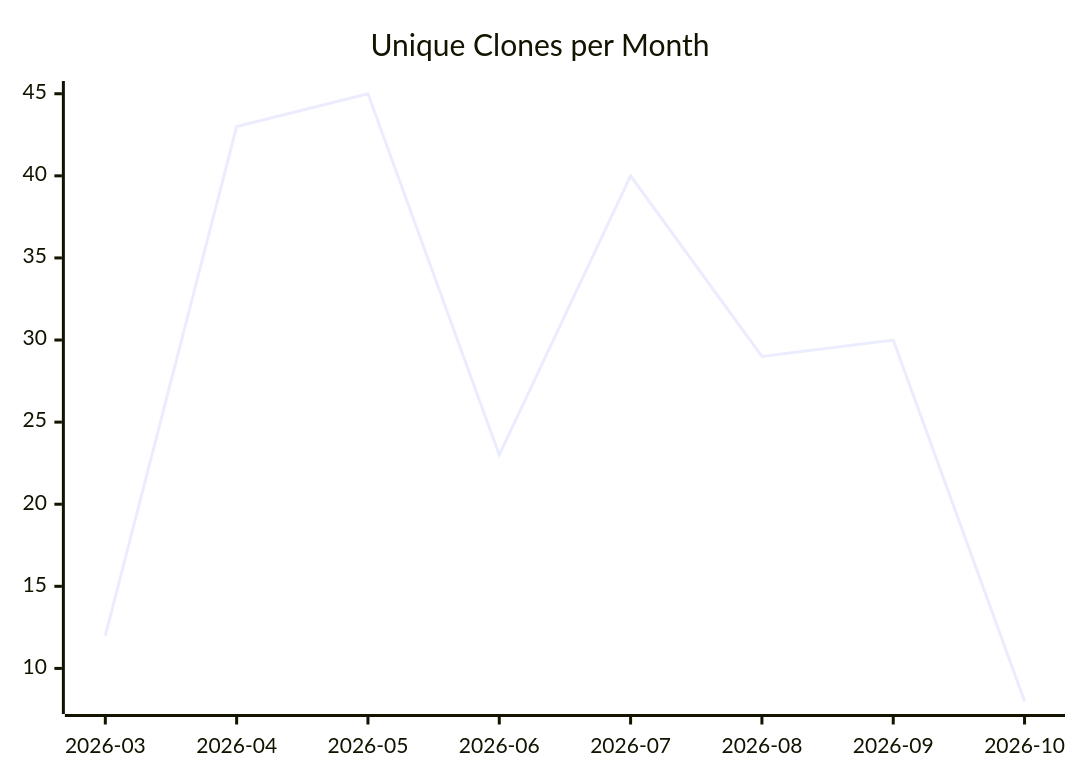
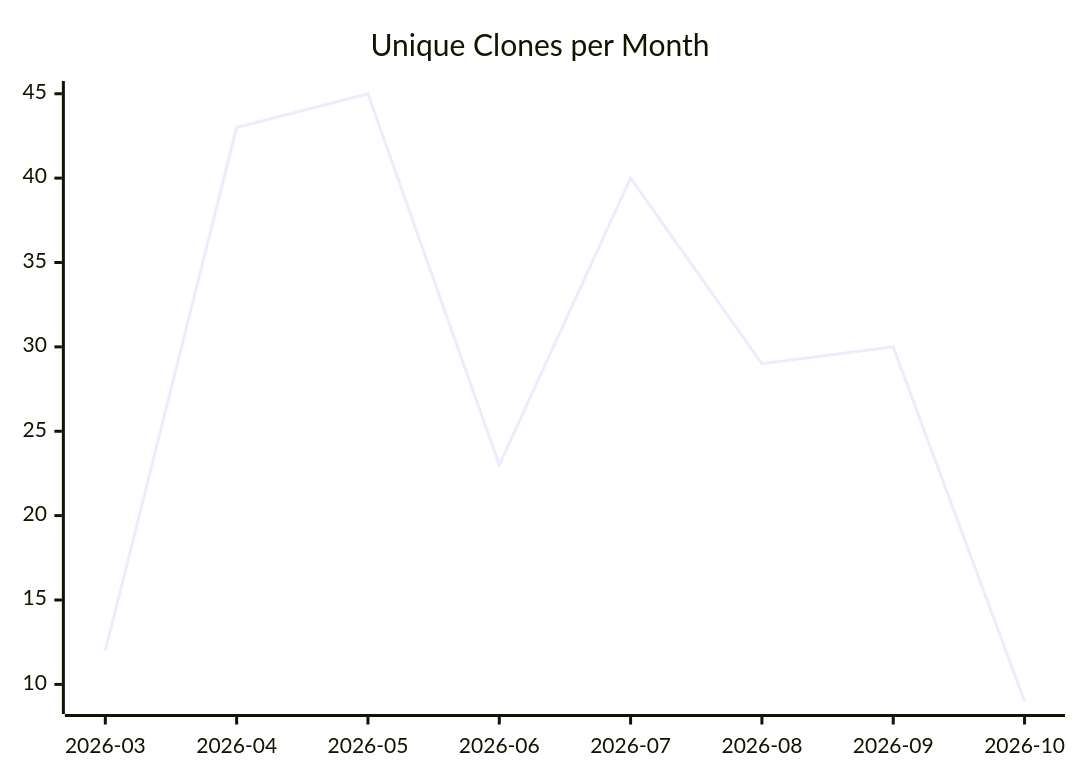
One commit to justdavis-family/github-analytics-data changed the third of 3 diagrams in karlmdavis/ksoap2-android/README.md. Above: the diagram before and after it, drawn with Mermaid. The commit also changed other lines of this file and 200 other files, not shown here.

````diff
--- a/karlmdavis/ksoap2-android/README.md
+++ b/karlmdavis/ksoap2-android/README.md
@@ -19,6 +19,6 @@
 ```mermaid
 xychart-beta
   title "Unique Clones per Month"
   x-axis ["2026-03", "2026-04", "2026-05", "2026-06", "2026-07", "2026-08", "2026-09", "2026-10"]
-  line [12, 43, 45, 23, 40, 29, 30, 8]
+  line [12, 43, 45, 23, 40, 29, 30, 9]
 ```
````
